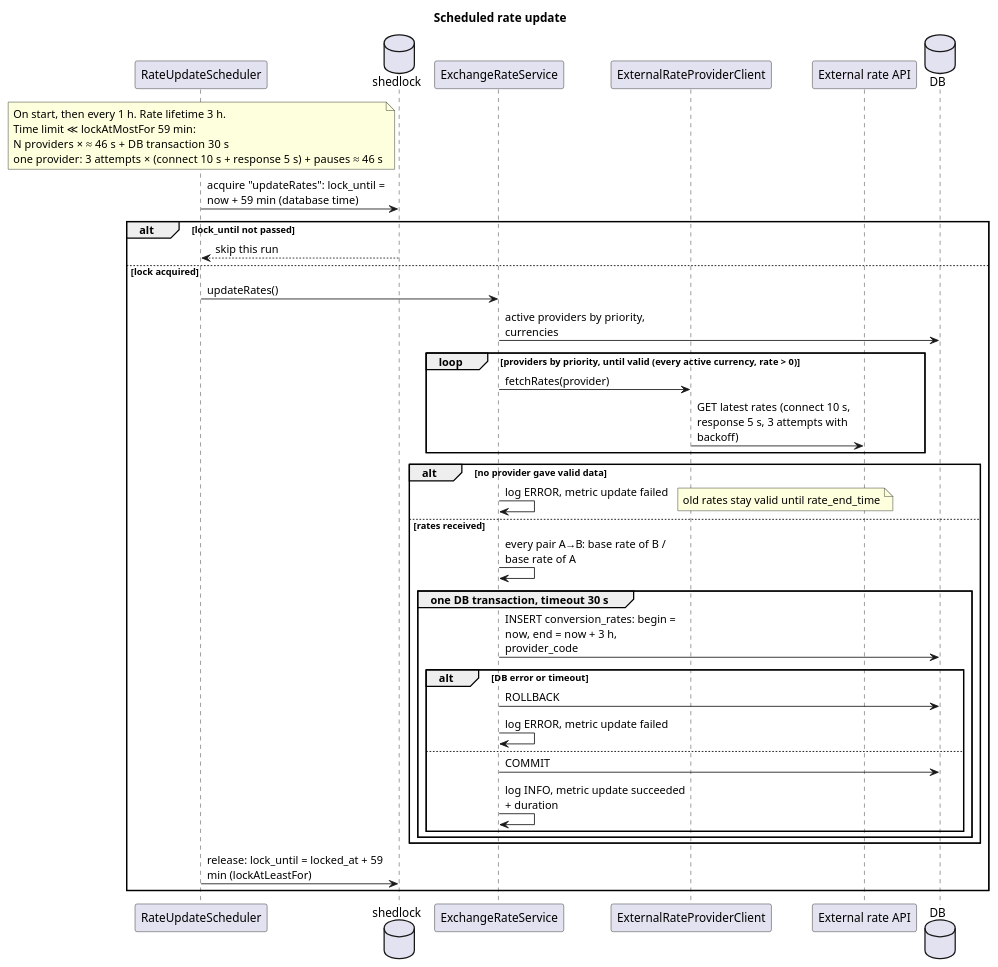
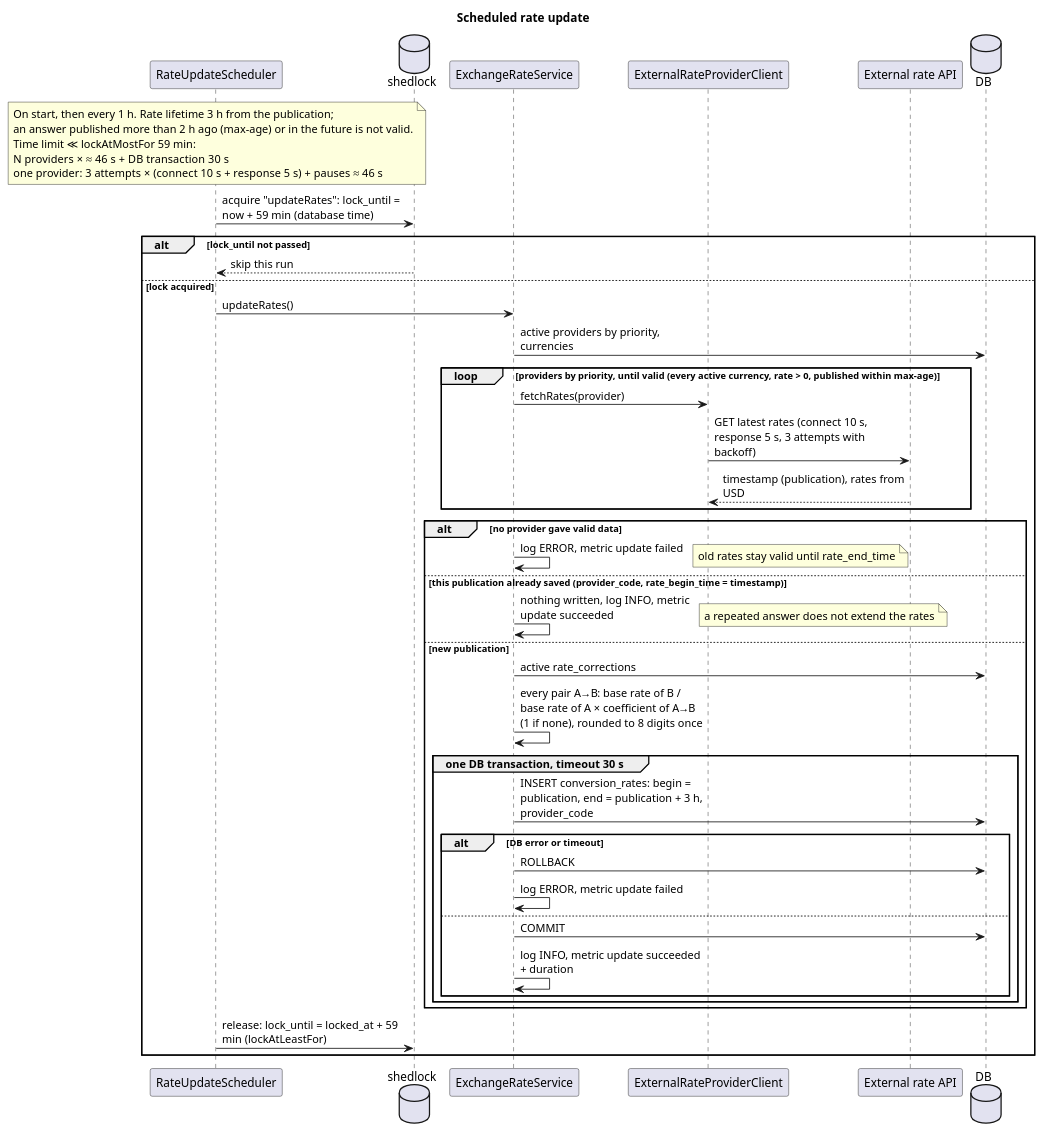
The diagram in currency-rate-service/diagrams-c4/sequence-rates-update.puml (dezxxx/payment-platform), drawn with PlantUML before and after one commit. The commit also changed 45 other files, not shown here.

First line of the commit message:
fix: rate coefficients per pair, the provider's publication time and one send in transfer init

```diff
--- a/currency-rate-service/diagrams-c4/sequence-rates-update.puml
+++ b/currency-rate-service/diagrams-c4/sequence-rates-update.puml
@@ -1,47 +1,53 @@
 @startuml sequence-rates-update
 title Scheduled rate update
 skinparam maxMessageSize 220
 skinparam responseMessageBelowArrow true
 
 participant "RateUpdateScheduler" as Sch
 database "shedlock" as Lock
 participant "ExchangeRateService" as S
 participant "ExternalRateProviderClient" as C
 participant "External rate API" as Ext
 database "DB" as DB
 
 note over Sch
-  On start, then every 1 h. Rate lifetime 3 h.
+  On start, then every 1 h. Rate lifetime 3 h from the publication;
+  an answer published more than 2 h ago (max-age) or in the future is not valid.
   Time limit ≪ lockAtMostFor 59 min:
   N providers × ≈ 46 s + DB transaction 30 s
   one provider: 3 attempts × (connect 10 s + response 5 s) + pauses ≈ 46 s
 end note
 Sch -> Lock: acquire "updateRates": lock_until = now + 59 min (database time)
 alt lock_until not passed
     Lock --> Sch: skip this run
 else lock acquired
     Sch -> S: updateRates()
     S -> DB: active providers by priority, currencies
-    loop providers by priority, until valid (every active currency, rate > 0)
+    loop providers by priority, until valid (every active currency, rate > 0, published within max-age)
         S -> C: fetchRates(provider)
         C -> Ext: GET latest rates (connect 10 s, response 5 s, 3 attempts with backoff)
+        Ext --> C: timestamp (publication), rates from USD
     end
     alt no provider gave valid data
         S -> S: log ERROR, metric update failed
         note right: old rates stay valid until rate_end_time
-    else rates received
-        S -> S: every pair A→B: base rate of B / base rate of A
+    else this publication already saved (provider_code, rate_begin_time = timestamp)
+        S -> S: nothing written, log INFO, metric update succeeded
+        note right: a repeated answer does not extend the rates
+    else new publication
+        S -> DB: active rate_corrections
+        S -> S: every pair A→B: base rate of B / base rate of A × coefficient of A→B (1 if none), rounded to 8 digits once
         group one DB transaction, timeout 30 s
-            S -> DB: INSERT conversion_rates: begin = now, end = now + 3 h, provider_code
+            S -> DB: INSERT conversion_rates: begin = publication, end = publication + 3 h, provider_code
             alt DB error or timeout
                 S -> DB: ROLLBACK
                 S -> S: log ERROR, metric update failed
             else
                 S -> DB: COMMIT
                 S -> S: log INFO, metric update succeeded + duration
             end
         end
     end
     Sch -> Lock: release: lock_until = locked_at + 59 min (lockAtLeastFor)
 end
 @enduml
```
